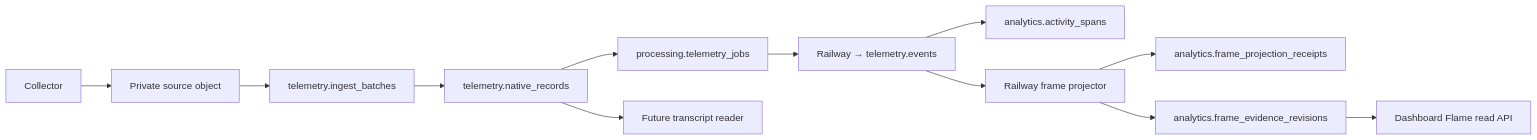
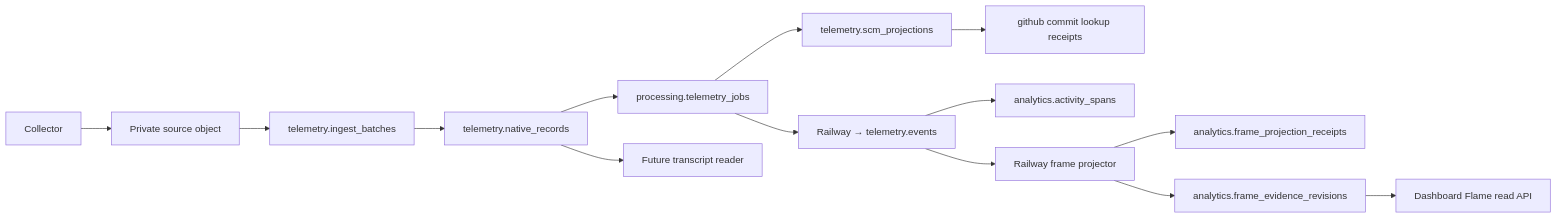
Before and after one commit to e3-solutions/sherlock: the first of 2 diagrams in docs/data-schema.md, drawn with Mermaid. The commit also changed other lines of this file and 25 other files, not shown here.

````diff
--- a/docs/data-schema.md
+++ b/docs/data-schema.md
@@ -64,14 +67,16 @@
 ```mermaid
 flowchart LR
     C["Collector"] --> O["Private source object"]
     O --> B["telemetry.ingest_batches"]
     B --> N["telemetry.native_records"]
     N --> Q["processing.telemetry_jobs"]
     Q --> E["Railway → telemetry.events"]
+    Q --> S["telemetry.scm_projections"]
+    S --> G["github commit lookup receipts"]
     E --> A["analytics.activity_spans"]
     E --> P["Railway frame projector"]
     P --> R["analytics.frame_projection_receipts"]
     P --> F["analytics.frame_evidence_revisions"]
     F --> D["Dashboard Flame read API"]
     N --> T["Future transcript reader"]
 ```
````
